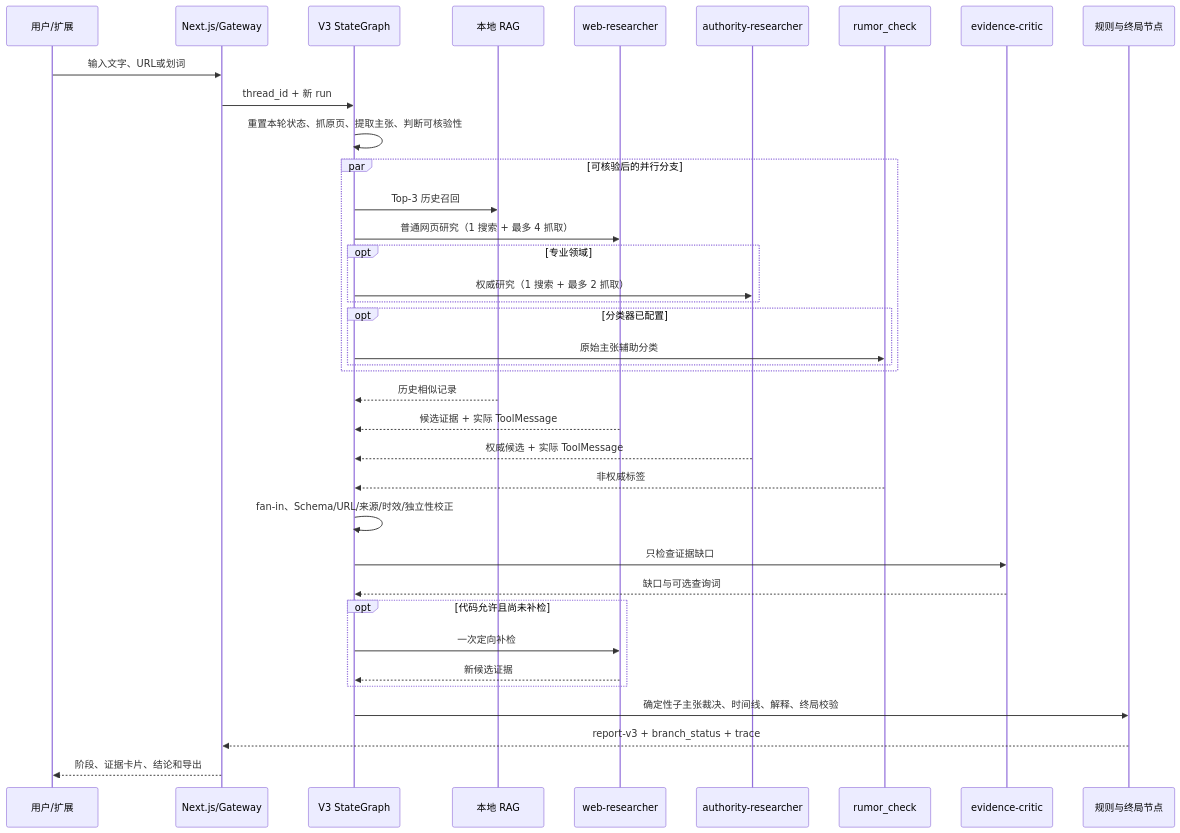
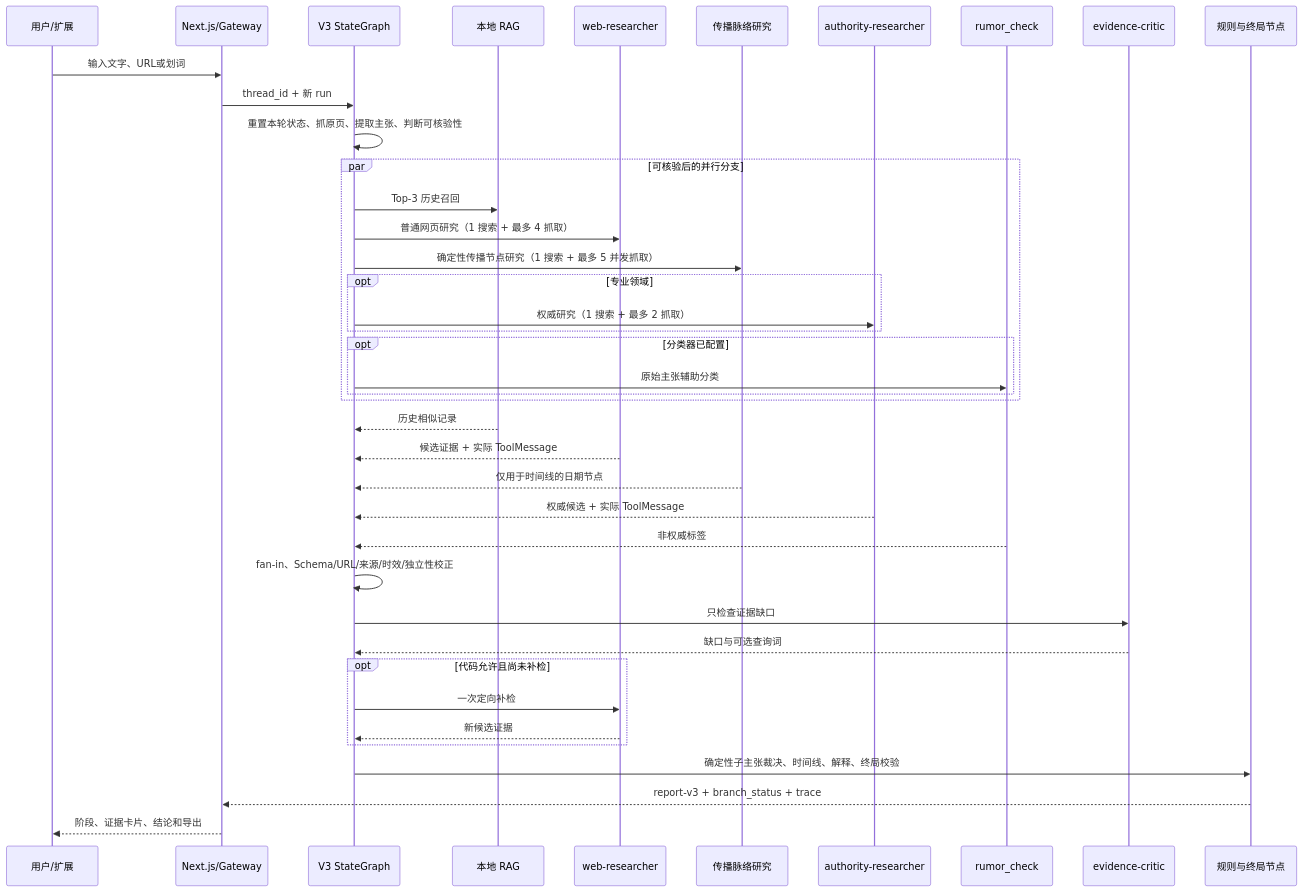
The second of 2 diagrams in docs/ARCHITECTURE_OWNERSHIP.md (zjs-ws/rumor-detector-demo), drawn with Mermaid before and after one commit. The commit also changed other lines of this file and 46 other files, not shown here.

First line of the commit message:
feat: add hybrid RAG retrieval, deterministic timeline research, and real-case evaluation

````diff
--- a/docs/ARCHITECTURE_OWNERSHIP.md
+++ b/docs/ARCHITECTURE_OWNERSHIP.md
@@ -59,39 +59,42 @@
 ```mermaid
 sequenceDiagram
   participant U as 用户/扩展
   participant F as Next.js/Gateway
   participant G as V3 StateGraph
   participant R as 本地 RAG
   participant W as web-researcher
+  participant T as 传播脉络研究
   participant A as authority-researcher
   participant M as rumor_check
   participant C as evidence-critic
   participant D as 规则与终局节点
   U->>F: 输入文字、URL或划词
   F->>G: thread_id + 新 run
   G->>G: 重置本轮状态、抓原页、提取主张、判断可核验性
   par 可核验后的并行分支
     G->>R: Top-3 历史召回
     G->>W: 普通网页研究（1 搜索 + 最多 4 抓取）
+    G->>T: 确定性传播节点研究（1 搜索 + 最多 5 并发抓取）
     opt 专业领域
       G->>A: 权威研究（1 搜索 + 最多 2 抓取）
     end
     opt 分类器已配置
       G->>M: 原始主张辅助分类
     end
   end
   R-->>G: 历史相似记录
   W-->>G: 候选证据 + 实际 ToolMessage
+  T-->>G: 仅用于时间线的日期节点
   A-->>G: 权威候选 + 实际 ToolMessage
   M-->>G: 非权威标签
   G->>G: fan-in、Schema/URL/来源/时效/独立性校正
   G->>C: 只检查证据缺口
   C-->>G: 缺口与可选查询词
   opt 代码允许且尚未补检
     G->>W: 一次定向补检
     W-->>G: 新候选证据
   end
   G->>D: 确定性子主张裁决、时间线、解释、终局校验
   D-->>F: report-v3 + branch_status + trace
   F-->>U: 阶段、证据卡片、结论和导出
 ```
````
